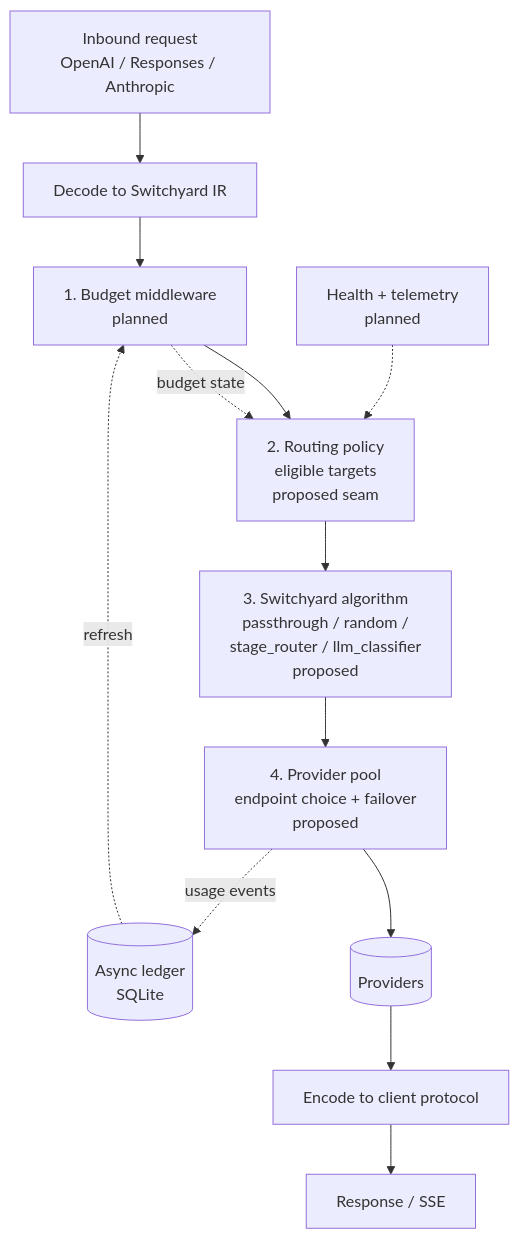
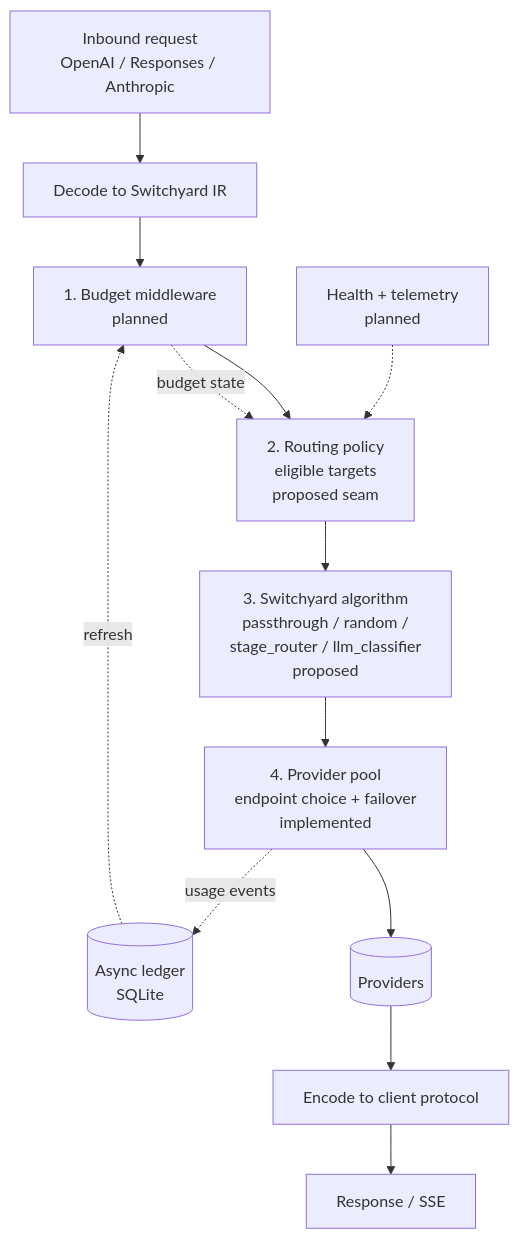
Before and after one commit to gschaetz/humpyard: the second of 2 diagrams in docs/architecture.md, drawn with Mermaid. The commit also changed other lines of this file and 12 other files, not shown here.

Commit message:
Dispatch on Switchyard run + TranslatingLlmClient; provider pool with endpoint failover

````diff
--- a/docs/architecture.md
+++ b/docs/architecture.md
@@ -42,15 +43,15 @@
 ```mermaid
 flowchart TD
     IN[Inbound request<br/>OpenAI / Responses / Anthropic] --> DEC[Decode to Switchyard IR]
     DEC --> BUD[1. Budget middleware<br/>planned]
     BUD --> POL[2. Routing policy<br/>eligible targets<br/>proposed seam]
     POL --> ALG[3. Switchyard algorithm<br/>passthrough / random /<br/>stage_router / llm_classifier<br/>proposed]
-    ALG --> POOL[4. Provider pool<br/>endpoint choice + failover<br/>proposed]
+    ALG --> POOL[4. Provider pool<br/>endpoint choice + failover<br/>implemented]
     POOL --> UPS[(Providers)]
     UPS --> ENC[Encode to client protocol]
     ENC --> OUT[Response / SSE]
     POOL -. usage events .-> LEDGER[(Async ledger<br/>SQLite)]
     LEDGER -. refresh .-> BUD
     HEALTH[Health + telemetry<br/>planned] -.-> POL
     BUD -. budget state .-> POL
 ```
````
